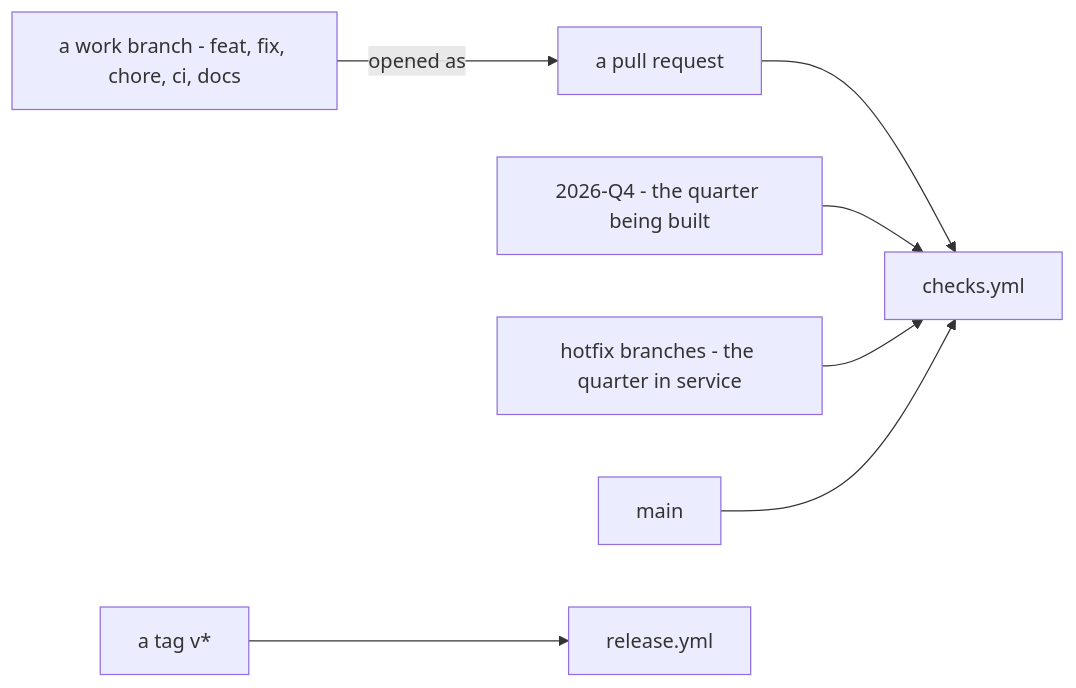
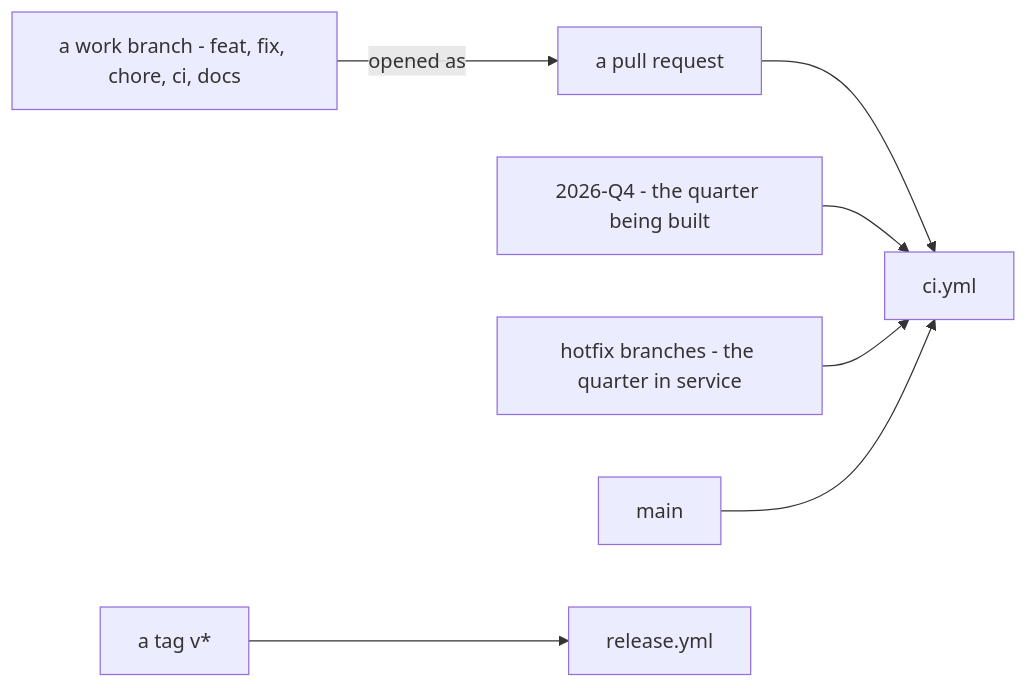
One commit to understand-tech/ai-in-a-box changed the diagram in docs/ci-and-tests.md. Above: the diagram before and after it, drawn with Mermaid. The commit also changed other lines of this file and 3 other files, not shown here.

````diff
--- a/docs/ci-and-tests.md
+++ b/docs/ci-and-tests.md
@@ -26,17 +26,17 @@
 ```mermaid
 flowchart LR
     WORK["a work branch - feat, fix, chore, ci, docs"]
     PR["a pull request"]
     QUARTER["2026-Q4 - the quarter being built"]
     HOTFIX["hotfix branches - the quarter in service"]
     MAIN["main"]
     TAG["a tag v*"]
-    CHECKS["checks.yml"]
+    CHECKS["ci.yml"]
     RELEASE["release.yml"]
     WORK -->|opened as| PR
     PR --> CHECKS
     QUARTER --> CHECKS
     HOTFIX --> CHECKS
     MAIN --> CHECKS
     TAG --> RELEASE
 ```
````
